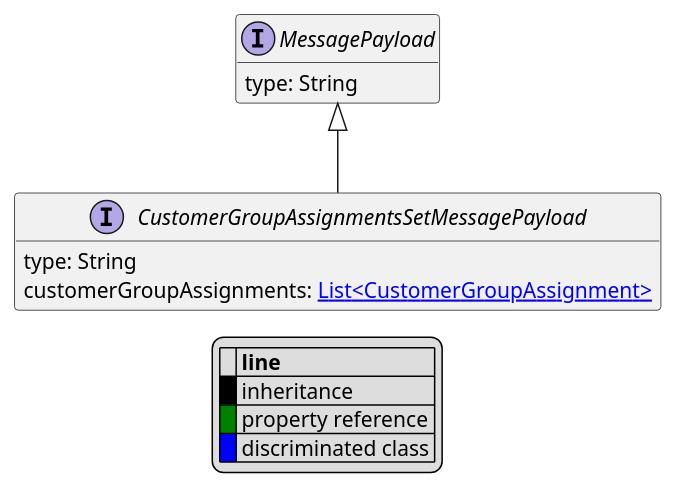
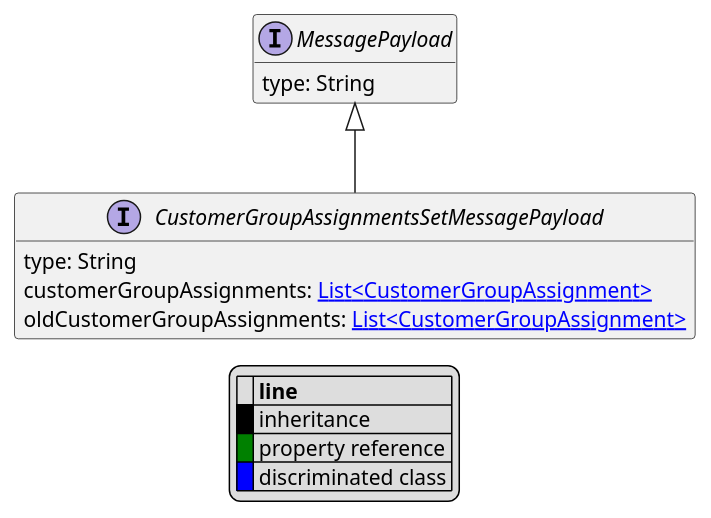
The diagram in uml/api/CustomerGroupAssignmentsSetMessagePayload.puml (commercetools/commercetools-api-reference), drawn with PlantUML before and after one commit. The commit also changed 58 other files, not shown here.

```diff
--- a/uml/api/CustomerGroupAssignmentsSetMessagePayload.puml
+++ b/uml/api/CustomerGroupAssignmentsSetMessagePayload.puml
@@ -1,23 +1,24 @@
 @startuml
 
 hide empty fields
 hide empty methods
 legend
 |= |= line |
 |<back:black>   </back>| inheritance |
 |<back:green>   </back>| property reference |
 |<back:blue>   </back>| discriminated class |
 endlegend
 interface CustomerGroupAssignmentsSetMessagePayload [[CustomerGroupAssignmentsSetMessagePayload.svg]] extends MessagePayload {
     type: String
     customerGroupAssignments: [[CustomerGroupAssignment.svg List<CustomerGroupAssignment>]]
+    oldCustomerGroupAssignments: [[CustomerGroupAssignment.svg List<CustomerGroupAssignment>]]
 }
 interface MessagePayload [[MessagePayload.svg]]  {
     type: String
 }
 
 
 
 
 
 @enduml
```
